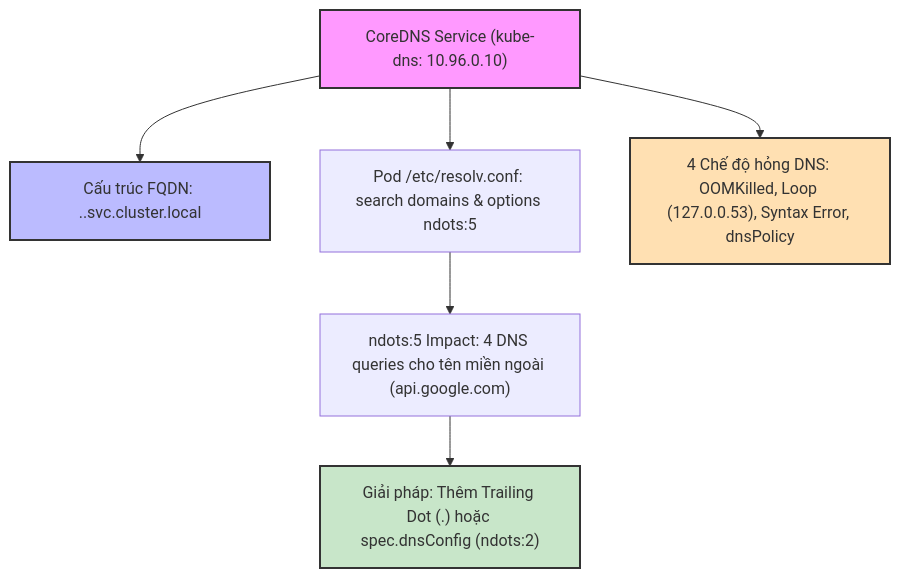
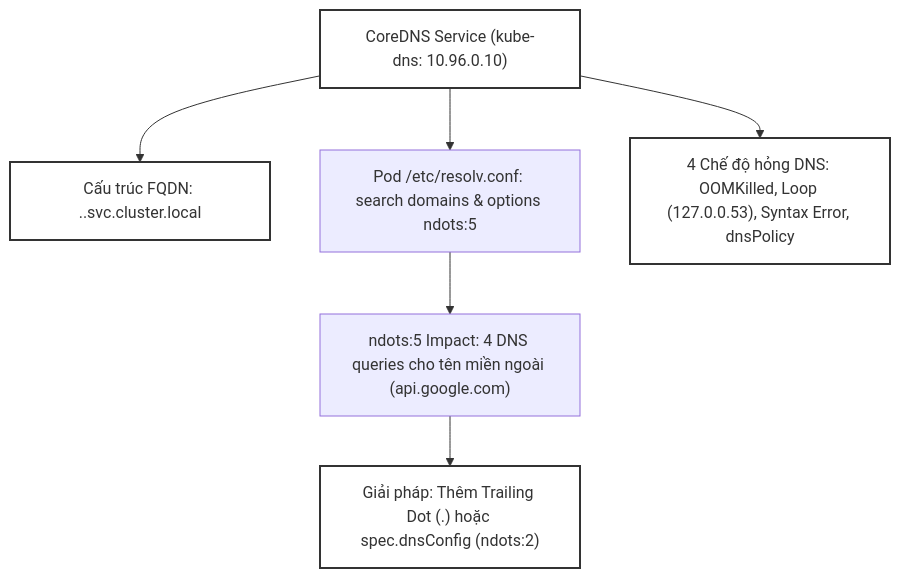
The second of 3 diagrams in _posts/2026-09-12-cka-23-23-coredns-va-phan-giai-ten.md (kiennt308/ntk), drawn with Mermaid before and after one commit. The commit also changed other lines of this file and 207 other files, not shown here.

Commit message:
feat(posts): batch standardize all 208 posts with TL;DR, qa-card accordion, fill:none mermaid, and liquid raw wrappers

````diff
--- a/_posts/2026-09-12-cka-23-23-coredns-va-phan-giai-ten.md
+++ b/_posts/2026-09-12-cka-23-23-coredns-va-phan-giai-ten.md
@@ -383,15 +387,15 @@
 ```mermaid
 graph TD
     A["CoreDNS Service (kube-dns: 10.96.0.10)"] --> B["Cấu trúc FQDN: <svc>.<ns>.svc.cluster.local"]
     A --> C["Pod /etc/resolv.conf: search domains & options ndots:5"]
     
     C --> D["ndots:5 Impact: 4 DNS queries cho tên miền ngoài (api.google.com)"]
     D --> E["Giải pháp: Thêm Trailing Dot (.) hoặc spec.dnsConfig (ndots:2)"]
 
     A --> F["4 Chế độ hỏng DNS: OOMKilled, Loop (127.0.0.53), Syntax Error, dnsPolicy"]
 
-    style A fill:#f9f,stroke:#333,stroke-width:2px
-    style B fill:#bbf,stroke:#333,stroke-width:2px
-    style E fill:#c8e6c9,stroke:#333,stroke-width:2px
-    style F fill:#ffe0b2,stroke:#333,stroke-width:2px
+    style A fill:none,stroke:#333,stroke-width:2px
+    style B fill:none,stroke:#333,stroke-width:2px
+    style E fill:none,stroke:#333,stroke-width:2px
+    style F fill:none,stroke:#333,stroke-width:2px
 ```
````
